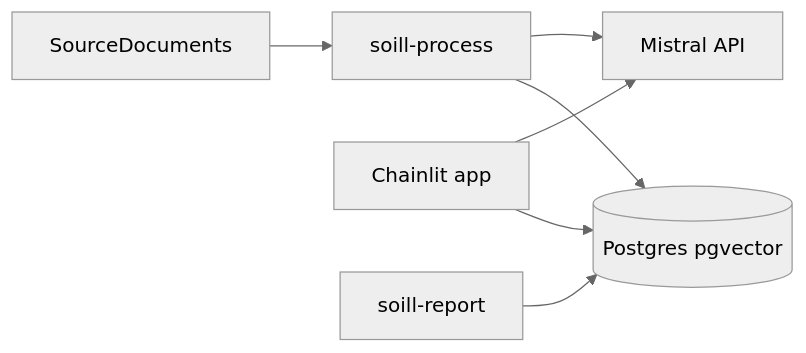
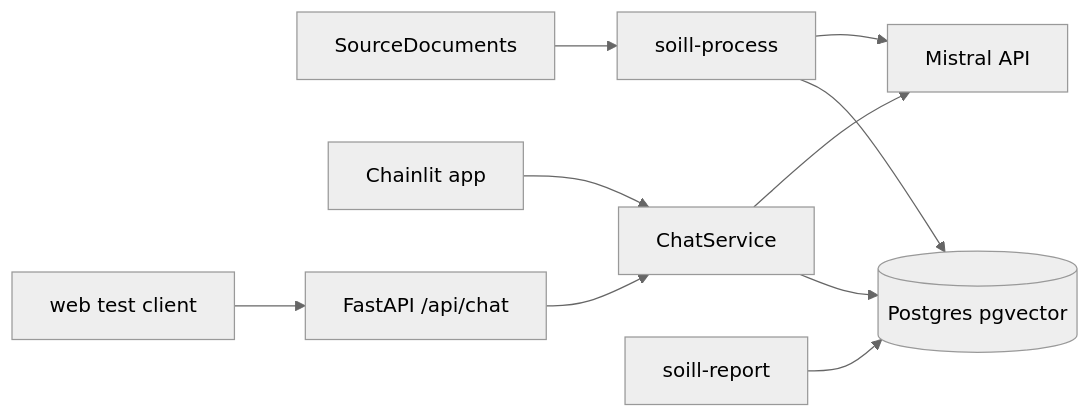
One commit to rendzina/SOILL_Chatbot changed the diagram in README.md. Above: the diagram before and after it, drawn with Mermaid (neutral theme). The commit also changed other lines of this file and 22 other files, not shown here.

First line of the commit message:
Add FastAPI API support and update documentation

````diff
--- a/README.md
+++ b/README.md
@@ -104,9 +162,12 @@
 ```mermaid
 flowchart LR
   SD[SourceDocuments] --> PF[soill-process]
   PF --> PG[(Postgres pgvector)]
-  CL[Chainlit app] --> PG
-  CL --> Mistral[Mistral API]
+  CL[Chainlit app] --> CS[ChatService]
+  API[FastAPI /api/chat] --> CS
+  CS --> PG
+  CS --> Mistral[Mistral API]
   PF --> Mistral
   RP[soill-report] --> PG
+  WEB[web test client] --> API
 ```
````
